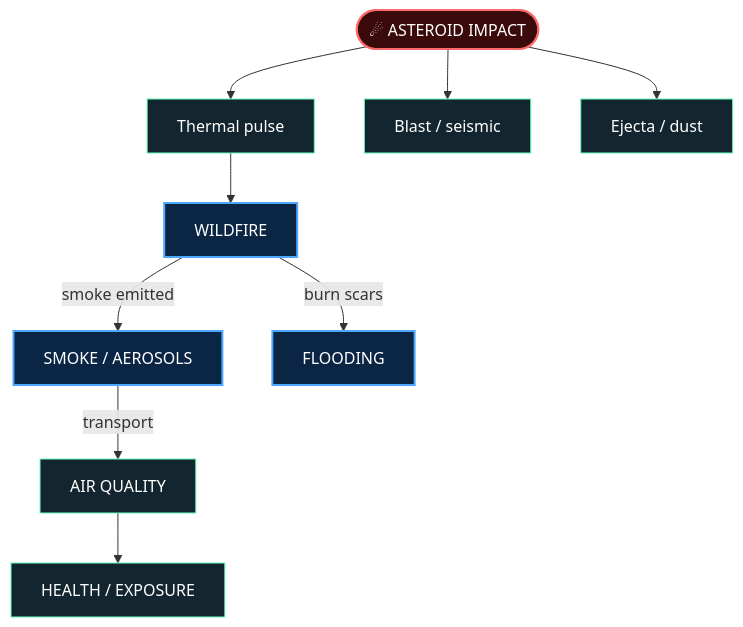
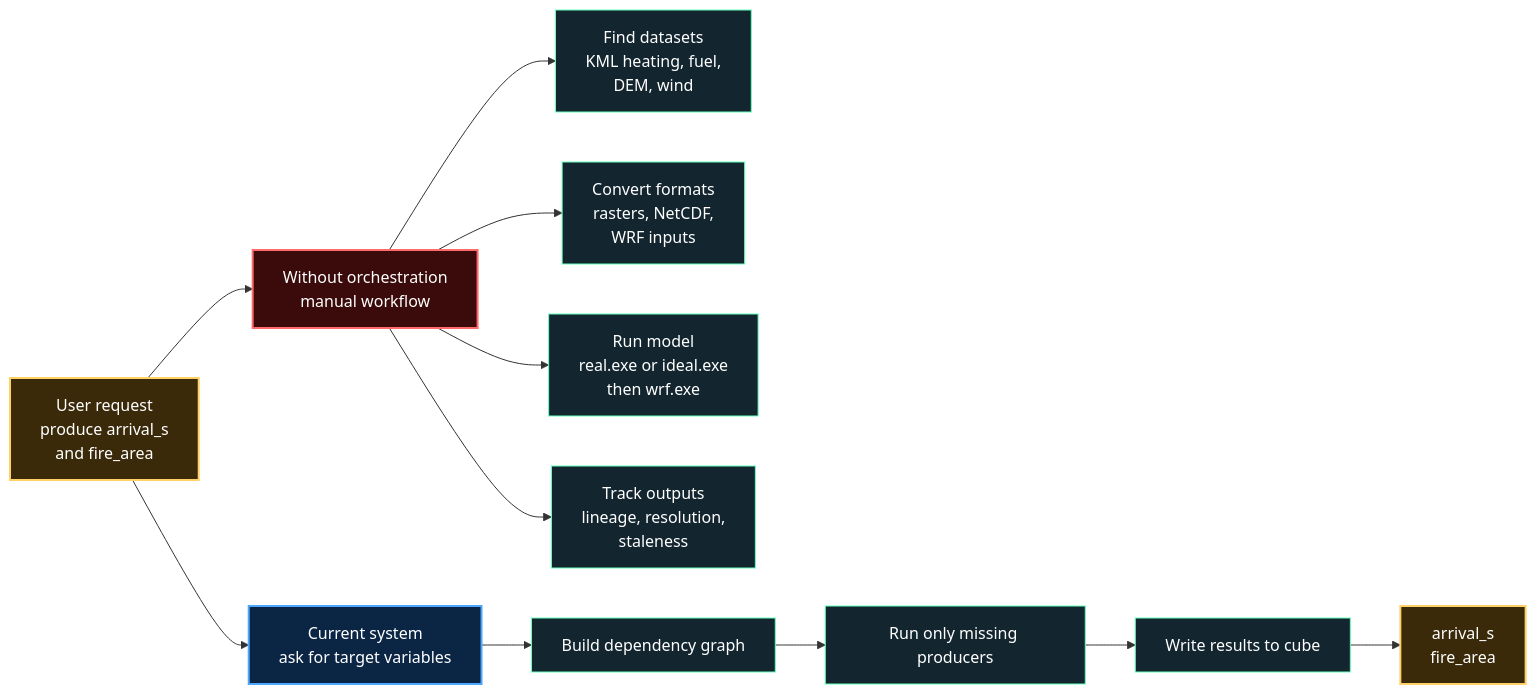
Before and after one commit to 10sajan10/NASA_Project: the first of 4 diagrams in docs/presentation_mermaid.md, drawn with Mermaid. The commit also changed other lines of this file and 24 other files, not shown here.

First line of the commit message:
WRF-Chem pipeline: ERA5 GRIB driver, WPS chain, asteroid scenario configs

````diff
--- a/docs/presentation_mermaid.md
+++ b/docs/presentation_mermaid.md
@@ -14,20 +13,24 @@
 ```mermaid
-flowchart TD
-    IMPACT(["☄  ASTEROID IMPACT"])
-    IMPACT --> THERMAL["Thermal pulse"]
-    IMPACT --> BLAST["Blast / seismic"]
-    IMPACT --> EJECTA["Ejecta / dust"]
+flowchart LR
+    USER["User request<br/>produce arrival_s<br/>and fire_area"] --> PROBLEM["Without orchestration<br/>manual workflow"]
 
-    THERMAL --> FIRE["WILDFIRE"]
-    FIRE -->|smoke emitted| SMOKE["SMOKE / AEROSOLS"]
-    SMOKE -->|transport| AIR["AIR QUALITY"]
-    FIRE -->|burn scars| FLOOD["FLOODING"]
-    AIR --> HEALTH["HEALTH / EXPOSURE"]
+    PROBLEM --> A["Find datasets<br/>KML heating, fuel,<br/>DEM, wind"]
+    PROBLEM --> B["Convert formats<br/>rasters, NetCDF,<br/>WRF inputs"]
+    PROBLEM --> C["Run model<br/>real.exe or ideal.exe<br/>then wrf.exe"]
+    PROBLEM --> D["Track outputs<br/>lineage, resolution,<br/>staleness"]
 
-    classDef impact fill:#3b0a0a,stroke:#ff6b6b,color:#fff,stroke-width:2px;
-    classDef model fill:#0b2545,stroke:#4da6ff,color:#fff,stroke-width:2px;
-    classDef effect fill:#13262f,stroke:#6fb,color:#fff;
-    class IMPACT impact;
-    class FIRE,SMOKE,FLOOD model;
-    class THERMAL,BLAST,EJECTA,AIR,HEALTH effect;
+    USER --> SYSTEM["Current system<br/>ask for target variables"]
+    SYSTEM --> GRAPH["Build dependency graph"]
+    GRAPH --> RUN["Run only missing producers"]
+    RUN --> CUBE["Write results to cube"]
+    CUBE --> OUT["arrival_s<br/>fire_area"]
+
+    classDef user fill:#3b2a0a,stroke:#ffd166,color:#fff,stroke-width:2px;
+    classDef pain fill:#3b0a0a,stroke:#ff6b6b,color:#fff,stroke-width:2px;
+    classDef step fill:#13262f,stroke:#6fb,color:#fff;
+    classDef system fill:#0b2545,stroke:#4da6ff,color:#fff,stroke-width:2px;
+    class USER,OUT user;
+    class PROBLEM pain;
+    class A,B,C,D,GRAPH,RUN,CUBE step;
+    class SYSTEM system;
 ```
````
